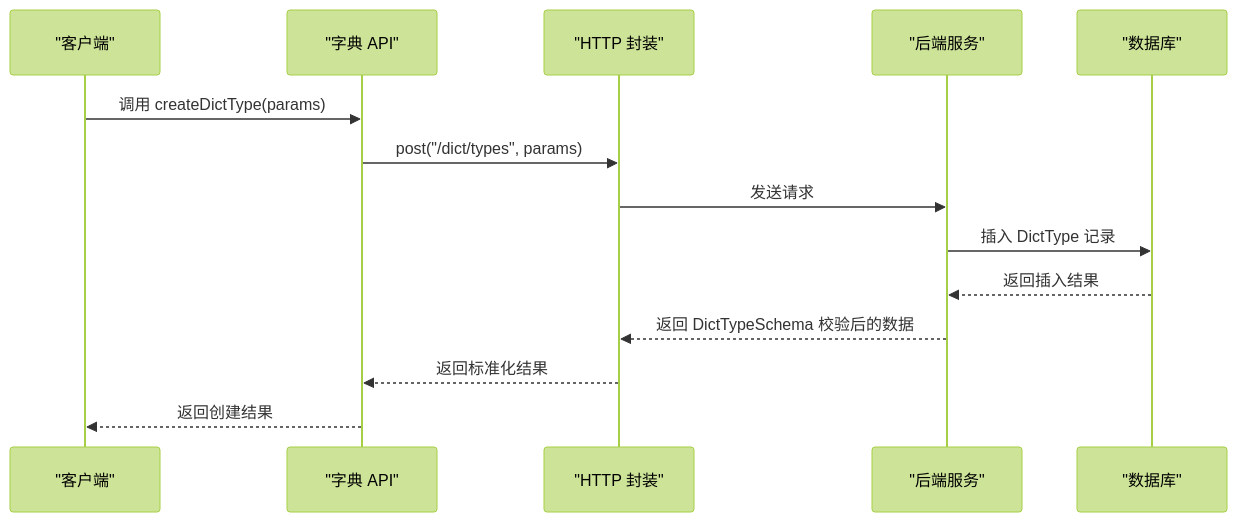
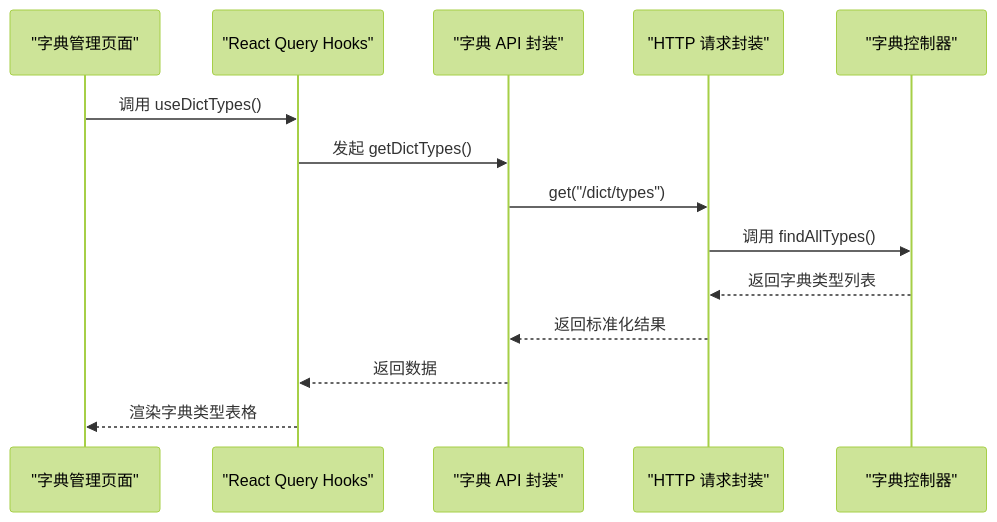
One commit to translateServers/nodes-stack changed the fifth of 6 diagrams in .qoder/repowiki/zh/content/前端系统/API 集成/模块化 API 设计/字典管理模块 API.md. Above: the diagram before and after it, drawn with Mermaid (forest theme). The commit also changed other lines of this file and 5 other files, not shown here.

````diff
--- a/.qoder/repowiki/zh/content/前端系统/API 集成/模块化 API 设计/字典管理模块 API.md
+++ b/.qoder/repowiki/zh/content/前端系统/API 集成/模块化 API 设计/字典管理模块 API.md
@@ -221,16 +346,16 @@
 ```mermaid
 sequenceDiagram
-participant Client as "客户端"
-participant API as "字典 API"
-participant HTTP as "HTTP 封装"
-participant Server as "后端服务"
-participant DB as "数据库"
-Client->>API : 调用 createDictType(params)
-API->>HTTP : post("/dict/types", params)
-HTTP->>Server : 发送请求
-Server->>DB : 插入 DictType 记录
-DB-->>Server : 返回插入结果
-Server-->>HTTP : 返回 DictTypeSchema 校验后的数据
+participant Page as "字典管理页面"
+participant Hooks as "React Query Hooks"
+participant API as "字典 API 封装"
+participant HTTP as "HTTP 请求封装"
+participant Controller as "字典控制器"
+Page->>Hooks : 调用 useDictTypes()
+Hooks->>API : 发起 getDictTypes()
+API->>HTTP : get("/dict/types")
+HTTP->>Controller : 调用 findAllTypes()
+Controller-->>HTTP : 返回字典类型列表
 HTTP-->>API : 返回标准化结果
-API-->>Client : 返回创建结果
+API-->>Hooks : 返回数据
+Hooks-->>Page : 渲染字典类型表格
 ```
````
